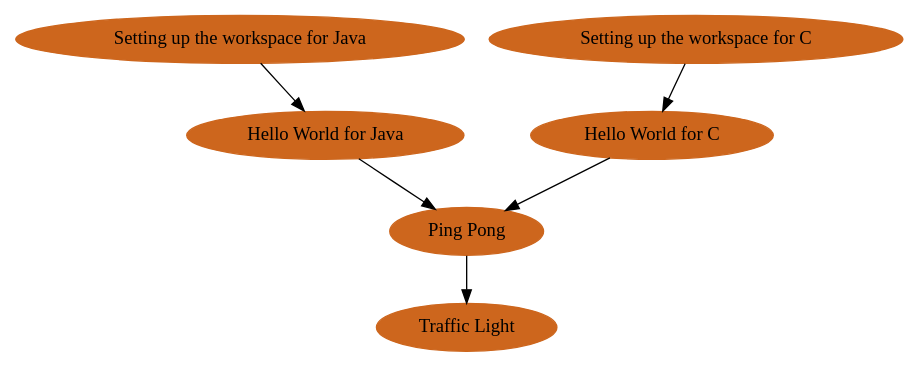
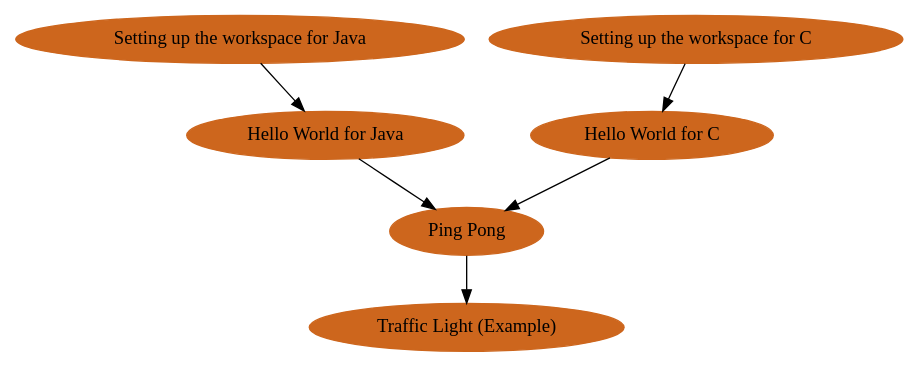
One commit to protossoftware/etrice changed the diagram in plugins/org.eclipse.etrice.doc/doc/image-src/012-tutorial-structure.dot. Above: the diagram before and after it, drawn with Graphviz. The commit also changed 164 other files, not shown here.

```diff
--- a/plugins/org.eclipse.etrice.doc/doc/image-src/012-tutorial-structure.dot
+++ b/plugins/org.eclipse.etrice.doc/doc/image-src/012-tutorial-structure.dot
@@ -1,17 +1,17 @@
 digraph TutorialStructure {
 
 	node [style=filled color=chocolate3]
 	SetupForJava[label="Setting up the workspace for Java" ];
 	HelloWorldForJava[label="Hello World for Java"];
 	SetupForC[label="Setting up the workspace for C" ];
 	HelloWorldForC[label="Hello World for C"];
 	PingPong [label="Ping Pong"];
-	TrafficLight [label="Traffic Light"];
+	TrafficLight [label="Traffic Light (Example)"];
 
 	SetupForJava -> HelloWorldForJava;
 	SetupForC -> HelloWorldForC;
 	HelloWorldForJava -> PingPong;
 	HelloWorldForC -> PingPong;
 	PingPong -> TrafficLight
 
 }
```
